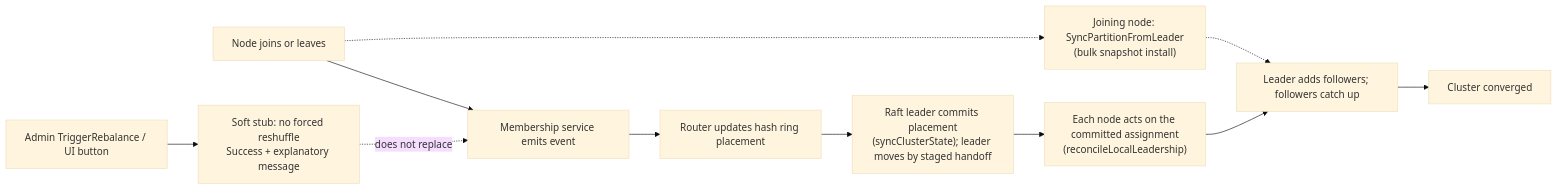
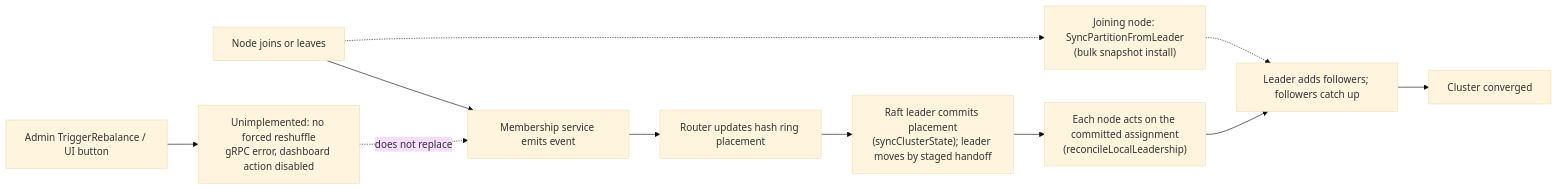
Before and after one commit to jatin711-debug/cronos_db_golang: the diagram in docs/architecture/features/cluster.md, drawn with Mermaid (base theme). The commit also changed other lines of this file and 28 other files, not shown here.

First line of the commit message:
docs: bring architecture, feature, design and contributor docs up to v0.11.0

````diff
--- a/docs/architecture/features/cluster.md
+++ b/docs/architecture/features/cluster.md
@@ -106,19 +106,19 @@
 ```mermaid
 flowchart LR
     NodeJoin[Node joins or leaves]
     Membership[Membership service emits event]
     Router[Router updates hash ring placement]
     RaftSync["Raft leader commits placement<br/>(syncClusterState); leader moves by staged handoff"]
     Promote["Each node acts on the committed assignment<br/>(reconcileLocalLeadership)"]
     Follower[Leader adds followers; followers catch up]
     Sync["Joining node: SyncPartitionFromLeader<br/>(bulk snapshot install)"]
     Healthy[Cluster converged]
 
     AdminBtn[Admin TriggerRebalance / UI button]
-    SoftStub["Soft stub: no forced reshuffle<br/>Success + explanatory message"]
+    SoftStub["Unimplemented: no forced reshuffle<br/>gRPC error, dashboard action disabled"]
 
     NodeJoin --> Membership --> Router --> RaftSync --> Promote --> Follower --> Healthy
     NodeJoin -.-> Sync -.-> Follower
     AdminBtn --> SoftStub
     SoftStub -.->|does not replace| Membership
 ```
````
